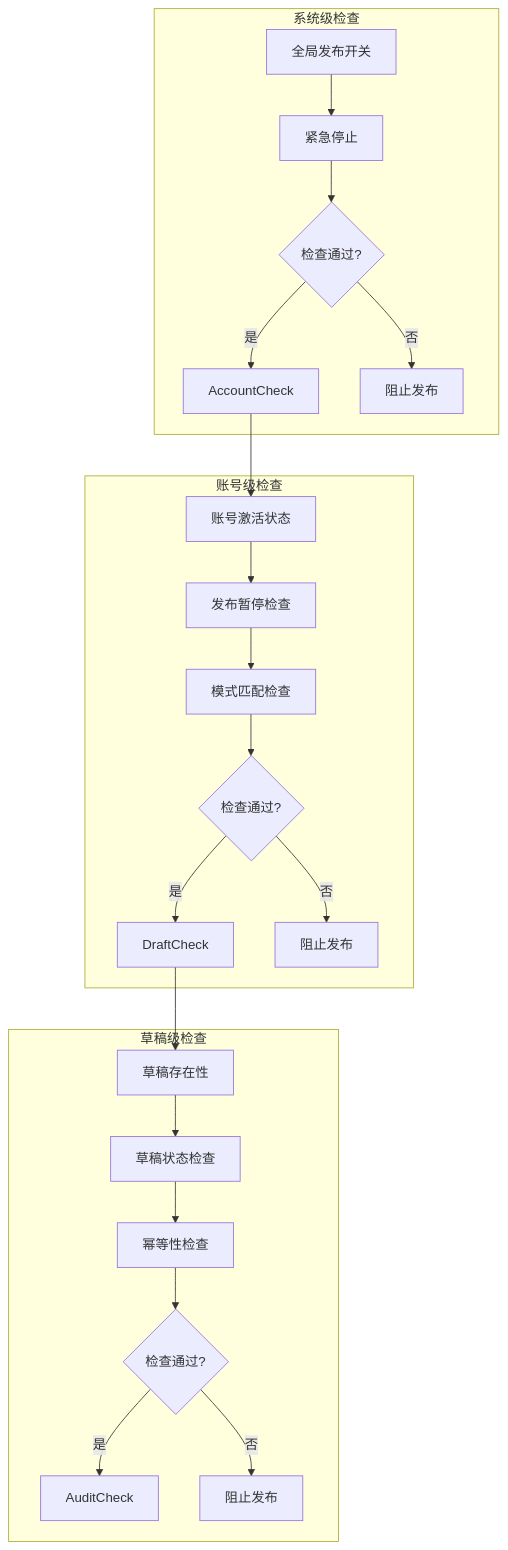
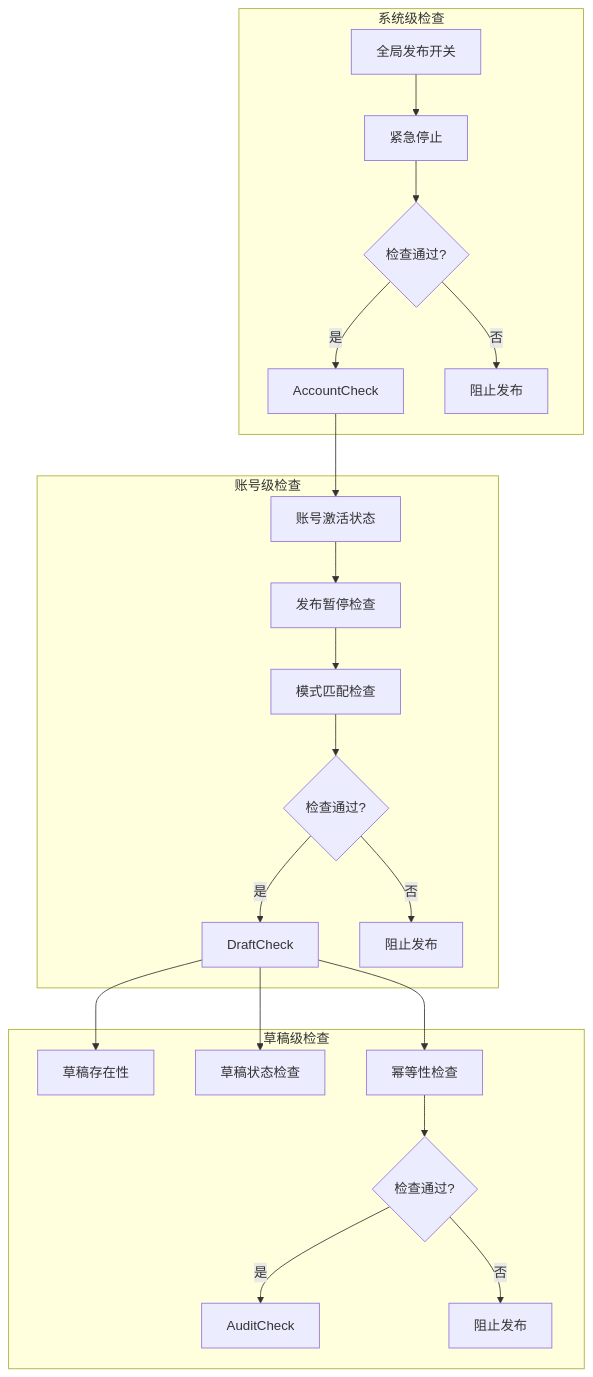
Diagram 13 of 26 in .qoder/repowiki/zh/content/后端开发/草稿管理系统.md (sansansansansan2022-web/hotclaw), drawn with Mermaid before and after one commit. The commit also changed other lines of this file and 860 other files, not shown here.

````diff
--- a/.qoder/repowiki/zh/content/后端开发/草稿管理系统.md
+++ b/.qoder/repowiki/zh/content/后端开发/草稿管理系统.md
@@ -713,25 +718,25 @@
 ```mermaid
 flowchart TD
 subgraph "系统级检查"
 GlobalEnabled[全局发布开关] --> EmergencyStop[紧急停止]
 EmergencyStop --> CheckPassed1{检查通过?}
 CheckPassed1 --> |是| AccountCheck
 CheckPassed1 --> |否| Block1[阻止发布]
 end
 subgraph "账号级检查"
 AccountCheck --> AccountActive[账号激活状态]
 AccountActive --> PublishPaused[发布暂停检查]
 PublishPaused --> OperationMode[模式匹配检查]
 OperationMode --> CheckPassed2{检查通过?}
 CheckPassed2 --> |是| DraftCheck
 CheckPassed2 --> |否| Block2[阻止发布]
 end
 subgraph "草稿级检查"
 DraftCheck --> DraftExists[草稿存在性]
-DraftExists --> DraftStatus[草稿状态检查]
-DraftStatus --> Idempotency[幂等性检查]
+DraftCheck --> DraftStatus[草稿状态检查]
+DraftCheck --> Idempotency[幂等性检查]
 Idempotency --> CheckPassed3{检查通过?}
 CheckPassed3 --> |是| AuditCheck
 CheckPassed3 --> |否| Block3[阻止发布]
 end
 ```
````
